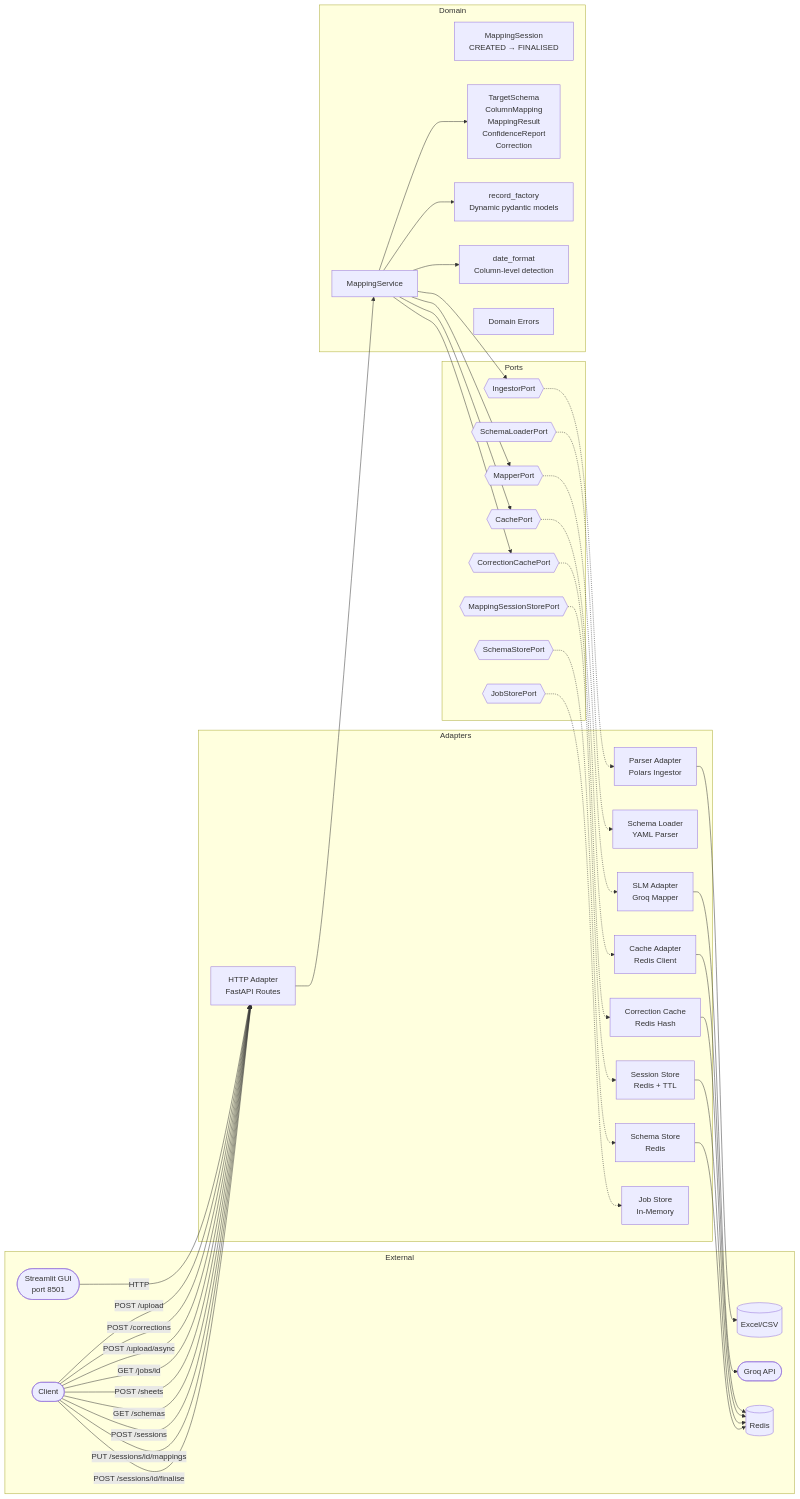
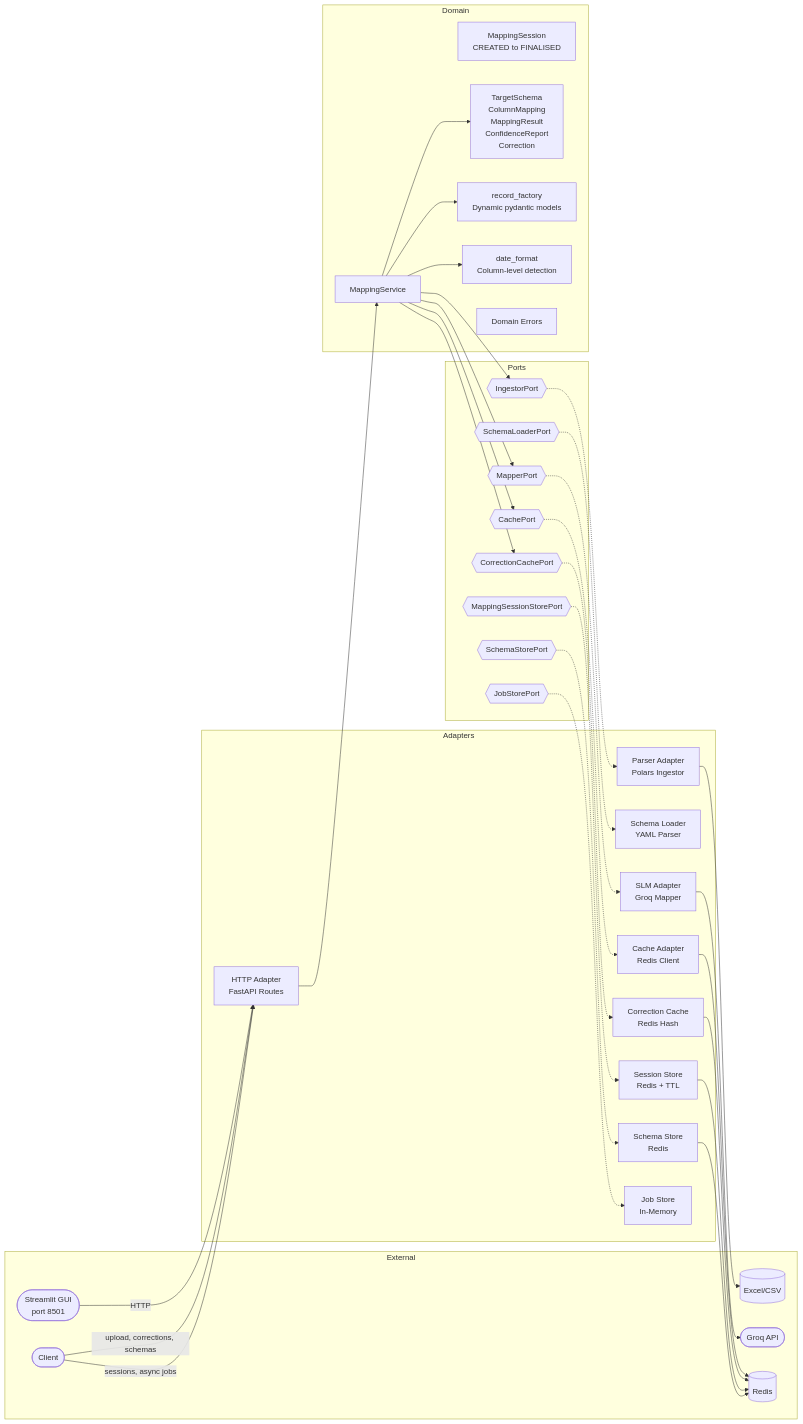
One commit to ricjhill/riskflow changed the diagram in README.md. Above: the diagram before and after it, drawn with Mermaid. The commit also changed 8 other files, not shown here.

First line of the commit message:
Update all diataxis docs with session API, schema CRUD, Flow Mapper

````diff
--- a/README.md
+++ b/README.md
@@ -80,75 +80,68 @@
 ```mermaid
 graph LR
     subgraph External
         Client([Client])
         GUI([Streamlit GUI<br>port 8501])
         Excel[(Excel/CSV)]
         Groq([Groq API])
         Redis[(Redis)]
     end
 
     subgraph Adapters
         HTTP[HTTP Adapter<br>FastAPI Routes]
         Parser[Parser Adapter<br>Polars Ingestor]
         SchemaLoader[Schema Loader<br>YAML Parser]
         SLM[SLM Adapter<br>Groq Mapper]
         Cache[Cache Adapter<br>Redis Client]
         CorrCache[Correction Cache<br>Redis Hash]
         SessionStore[Session Store<br>Redis + TTL]
         SchemaStore[Schema Store<br>Redis]
         JobStore[Job Store<br>In-Memory]
     end
 
     subgraph Ports
         IngestorPort{{IngestorPort}}
         MapperPort{{MapperPort}}
         CachePort{{CachePort}}
         CorrectionCachePort{{CorrectionCachePort}}
         SessionStorePort{{MappingSessionStorePort}}
         SchemaStorePort{{SchemaStorePort}}
         JobStorePort{{JobStorePort}}
         SchemaLoaderPort{{SchemaLoaderPort}}
     end
 
     subgraph Domain
         Service[MappingService]
-        Session[MappingSession<br>CREATED → FINALISED]
+        Session[MappingSession<br>CREATED to FINALISED]
         Models[TargetSchema<br>ColumnMapping<br>MappingResult<br>ConfidenceReport<br>Correction]
         RecordFactory[record_factory<br>Dynamic pydantic models]
         DateFormat[date_format<br>Column-level detection]
         Errors[Domain Errors]
     end
 
     GUI -->|HTTP| HTTP
-    Client -->|POST /upload| HTTP
-    Client -->|POST /corrections| HTTP
-    Client -->|POST /upload/async| HTTP
-    Client -->|GET /jobs/id| HTTP
-    Client -->|POST /sheets| HTTP
-    Client -->|GET /schemas| HTTP
-    Client -->|POST /sessions| HTTP
-    Client -->|PUT /sessions/id/mappings| HTTP
-    Client -->|POST /sessions/id/finalise| HTTP
+    Client -->|upload, corrections, schemas| HTTP
+    Client -->|sessions, async jobs| HTTP
     HTTP --> Service
     Service --> IngestorPort
     Service --> MapperPort
     Service --> CachePort
     Service --> CorrectionCachePort
     Service --> RecordFactory
     Service --> Models
     Service --> DateFormat
     IngestorPort -.-> Parser
     MapperPort -.-> SLM
     CachePort -.-> Cache
     CorrectionCachePort -.-> CorrCache
     SessionStorePort -.-> SessionStore
     SchemaStorePort -.-> SchemaStore
     JobStorePort -.-> JobStore
     SchemaLoaderPort -.-> SchemaLoader
     Parser --> Excel
     SLM --> Groq
     Cache --> Redis
     CorrCache --> Redis
     SessionStore --> Redis
     SchemaStore --> Redis
 ```
````
